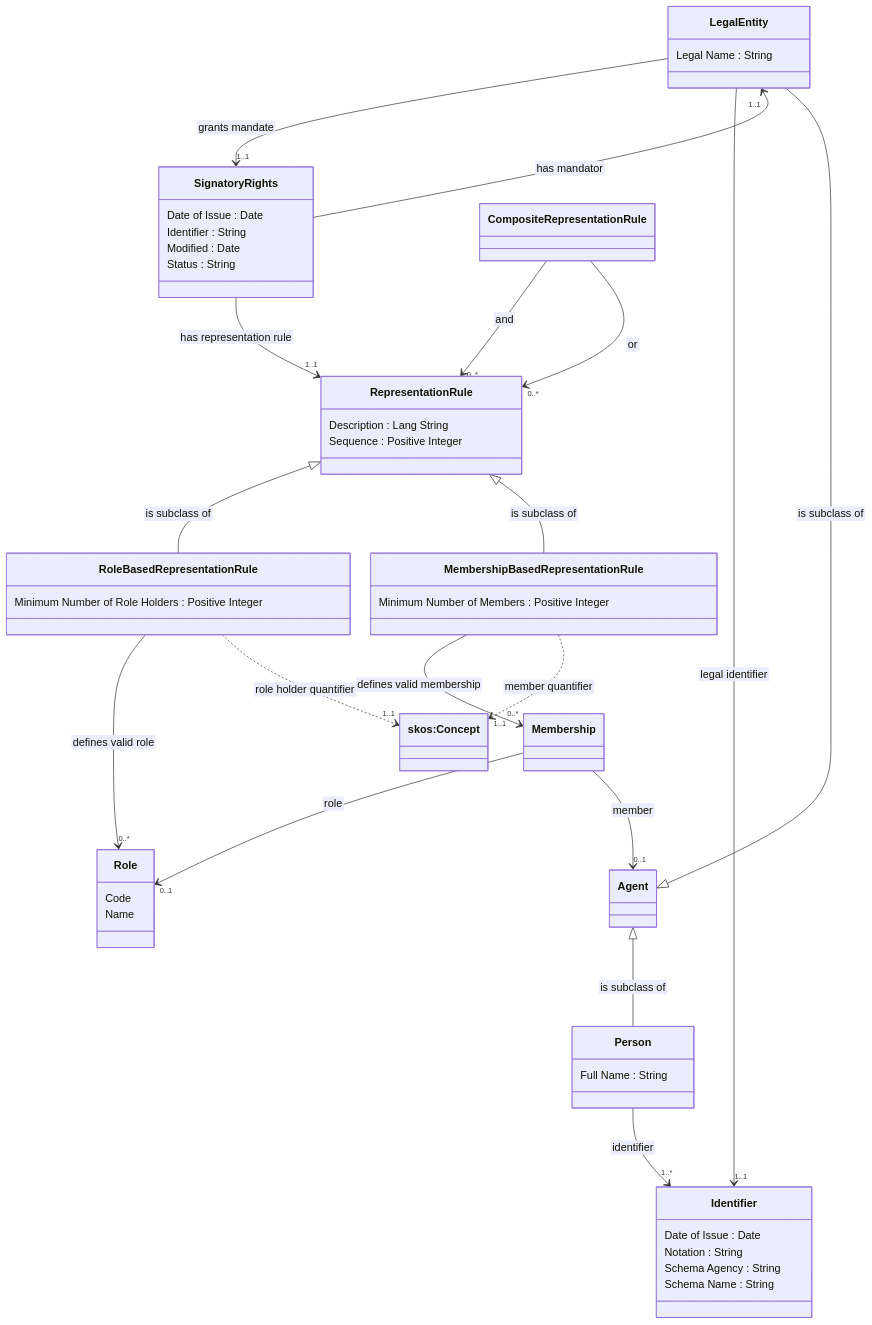
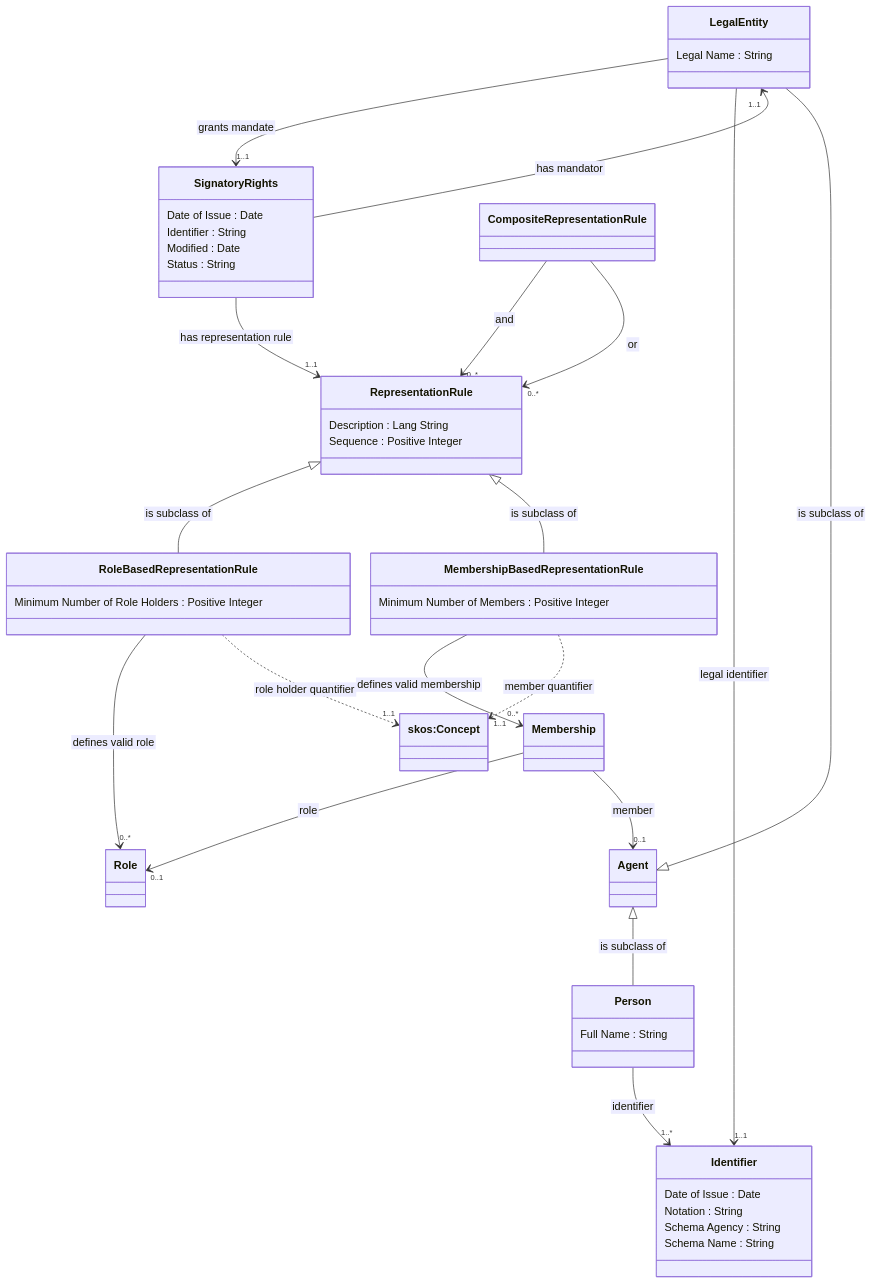
Before and after one commit to nordicsmartgovernment/Nordic-Signatory-Rights-Model: the second of 2 diagrams in README.md, drawn with Mermaid.

````diff
--- a/README.md
+++ b/README.md
@@ -78,81 +78,79 @@
 ```mermaid
  %%{init:{'flowchart':{'nodeSpacing': 30, 'rankSpacing': 95, 'htmlLabels': false}}}%%
     classDiagram
         class Legal Entity ["LegalEntity"] {
            Legal Name : String
         }
         direction TB
 
         Legal Entity --> "1..1" Signatory Rights:grants mandate
         Legal Entity --> "1..1" Identifier : legal identifier
 
         class Signatory Rights {
             Date of Issue : Date
             Identifier : String
             Modified : Date
             Status : String
         }
 
         Signatory Rights --> "1..1" LegalEntity : has mandator
         Signatory Rights --> "1..1" Representation Rule : has representation rule
 
         class AgentLegalEntity["Agent"] {
         }
 
         class Person {
            Full Name : String
         }
 
         Person --> "1..*" Identifier : identifier
 
         class Identifier {
            Date of Issue : Date
            Notation : String
            Schema Agency : String
            Schema Name : String
         }
 
         class Representation Rule {
            Description : Lang String
            Sequence : Positive Integer
         }
 
         class Role Based Representation Rule {
            Minimum Number of Role Holders : Positive Integer
         }
 
         Role Based Representation Rule --> "0..*" Role : defines valid role
         Role Based Representation Rule ..> "1..1" SKOSConcept : role holder quantifier
 
         class Membership Based Representation Rule {
            Minimum Number of Members : Positive Integer
         }
 
         Membership Based Representation Rule --> "0..*" Membership : defines valid membership
         Membership Based Representation Rule ..> "1..1" SKOSConcept : member quantifier
 
         class Composite Representation Rule {
         }
 
         Composite Representation Rule --> "0..*" Representation Rule : and
         Composite Representation Rule --> "0..*" Representation Rule : or
 
         class Role {
-           Code
-           Name
         }
 
         class SKOSConcept["skos:Concept"] {
         }
 
         class Membership {
         }
 
         Membership --> "0..1" Role : role
         Membership --> "0..1" AgentLegalEntity : member
 
         Representation Rule <|-- Role Based Representation Rule : is subclass of
         Representation Rule <|-- Membership Based Representation Rule : is subclass of
         AgentLegalEntity <|-- Person : is subclass of
         AgentLegalEntity <|-- Legal Entity : is subclass of
 ```
````
